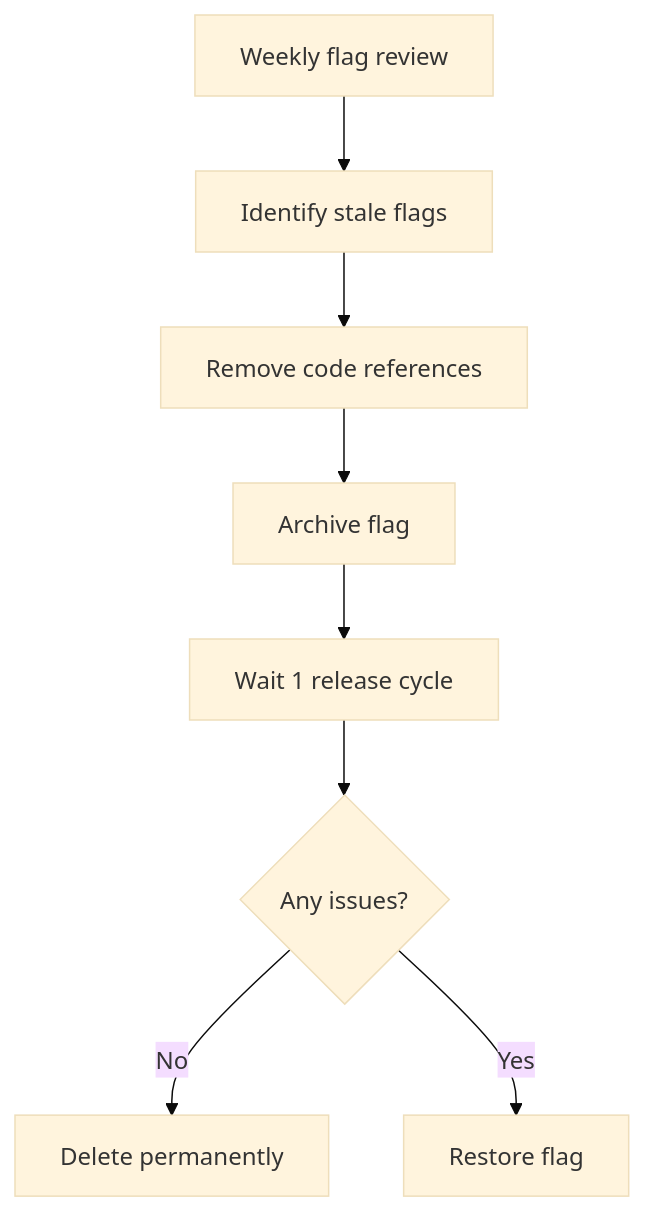
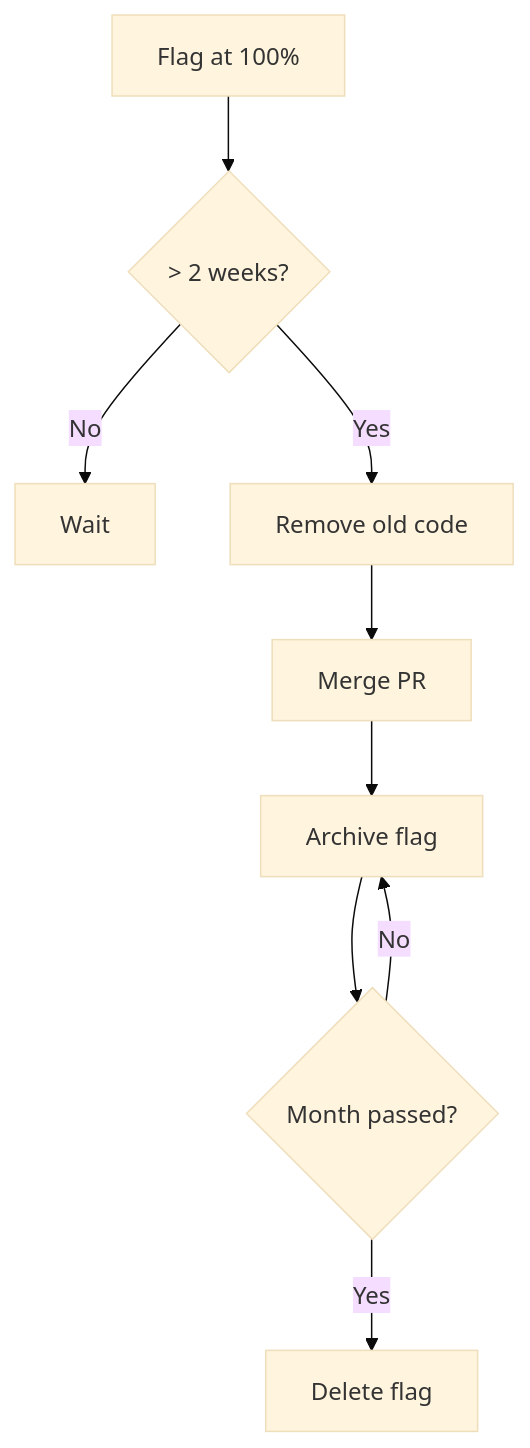
Before and after one commit to edgar-dev20/mozhno: the diagram in docs/en/guide/best-practices.md, drawn with Mermaid (base theme). The commit also changed other lines of this file and 17 other files, not shown here.

````diff
--- a/docs/en/guide/best-practices.md
+++ b/docs/en/guide/best-practices.md
@@ -279,10 +98,11 @@
 ```mermaid
-flowchart TD
-    Review[Weekly flag review] --> Identify[Identify stale flags]
-    Identify --> RemoveCode[Remove code references]
-    RemoveCode --> Archive[Archive flag]
-    Archive --> Wait[Wait 1 release cycle]
-    Wait --> Verify{Any issues?}
-    Verify -->|No| Delete[Delete permanently]
-    Verify -->|Yes| Restore[Restore flag]
+graph TD
+    A[Flag at 100%] --> B{> 2 weeks?}
+    B -->|No| C[Wait]
+    B -->|Yes| D[Remove old code]
+    D --> E[Merge PR]
+    E --> F[Archive flag]
+    F --> G{Month passed?}
+    G -->|Yes| H[Delete flag]
+    G -->|No| F
 ```
````
